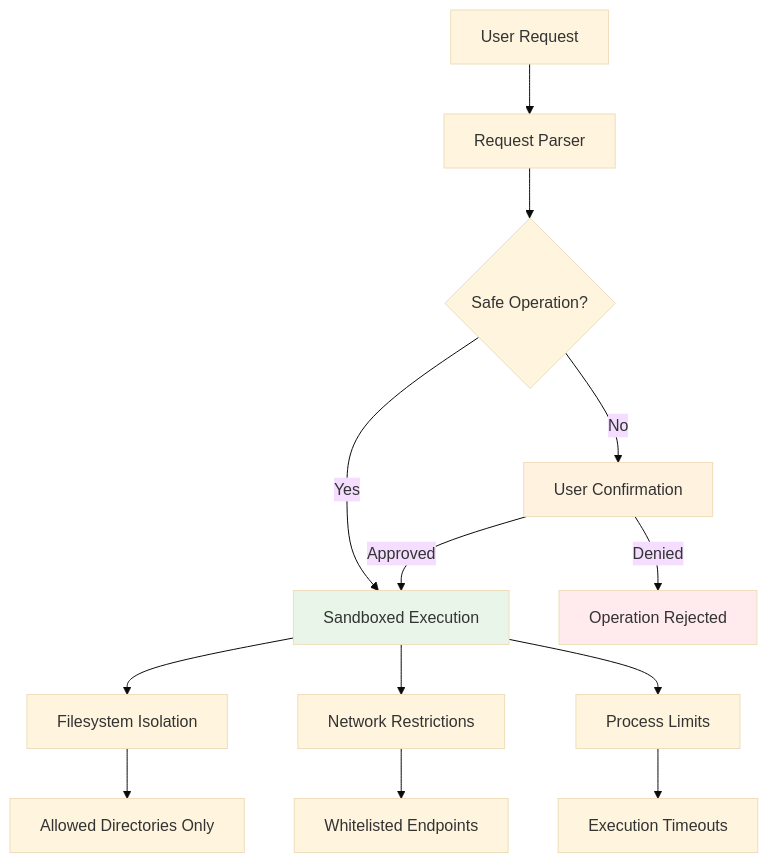
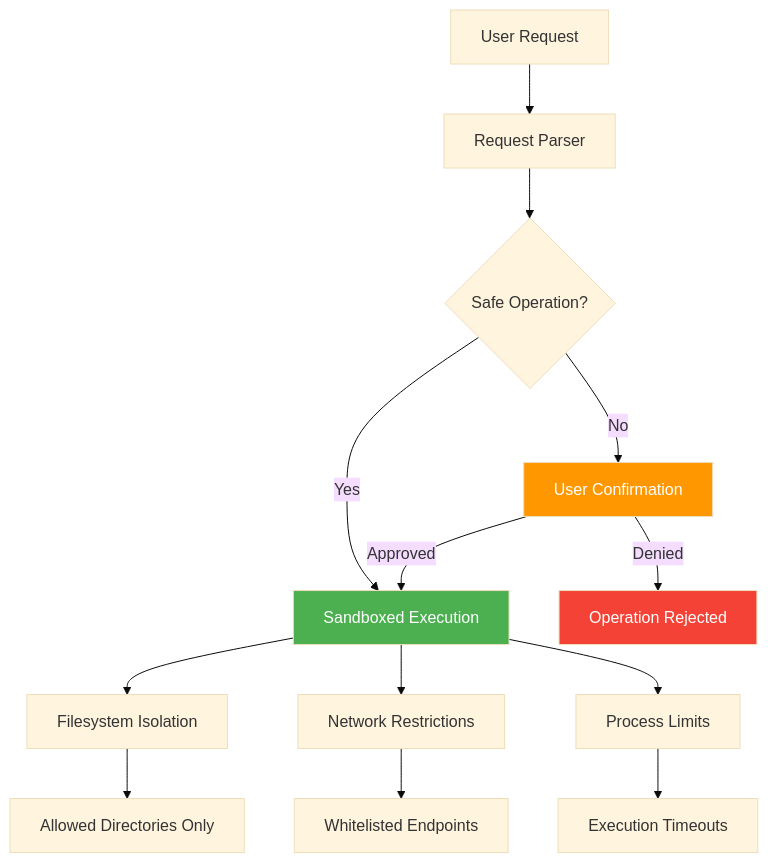
One commit to fwornle/agentic-ai-nano changed diagram 12 of 17 in docs-content/01_frameworks/Session1_ModuleD_Coding_Assistant_Case_Study.md. Above: the diagram before and after it, drawn with Mermaid (base theme). The commit also changed other lines of this file, not shown here.

Commit message:
docs: review Option D, styling (mermaid)

````diff
--- a/docs-content/01_frameworks/Session1_ModuleD_Coding_Assistant_Case_Study.md
+++ b/docs-content/01_frameworks/Session1_ModuleD_Coding_Assistant_Case_Study.md
@@ -692,22 +692,22 @@
 ```mermaid
 graph TD
     USER[User Request] --> PARSER[Request Parser]
     PARSER --> SAFE{Safe Operation?}
     
     SAFE -->|Yes| SANDBOX[Sandboxed Execution]
     SAFE -->|No| CONFIRM[User Confirmation]
     CONFIRM -->|Approved| SANDBOX
     CONFIRM -->|Denied| REJECT[Operation Rejected]
     
     SANDBOX --> FS[Filesystem Isolation]
     SANDBOX --> NET[Network Restrictions]  
     SANDBOX --> PROC[Process Limits]
     
     FS --> ALLOWED[Allowed Directories Only]
     NET --> WHITELIST[Whitelisted Endpoints]
     PROC --> TIMEOUT[Execution Timeouts]
     
-    style SANDBOX fill:#e8f5e8
-    style CONFIRM fill:#fff3e0
-    style REJECT fill:#ffebee
+    style SANDBOX fill:#4CAF50,color:#ffffff
+    style CONFIRM fill:#FF9800,color:#ffffff
+    style REJECT fill:#F44336,color:#ffffff
 ```
````
